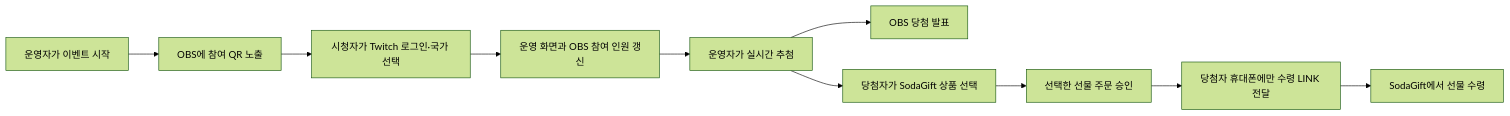
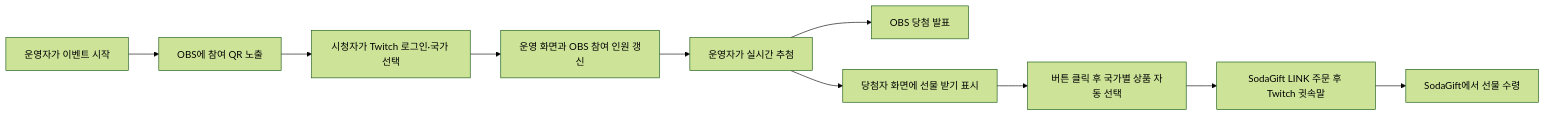
The diagram in README.md (Changjae-LE/socal-k-group-hackathon), drawn with Mermaid (forest theme) before and after one commit. The commit also changed other lines of this file and 6 other files, not shown here.

Commit message:
feat: send SodaGift link after winner claim

````diff
--- a/README.md
+++ b/README.md
@@ -25,12 +25,12 @@
 ```mermaid
 flowchart LR
     A[운영자가 이벤트 시작] --> B[OBS에 참여 QR 노출]
     B --> C[시청자가 Twitch 로그인·국가 선택]
     C --> D[운영 화면과 OBS 참여 인원 갱신]
     D --> E[운영자가 실시간 추첨]
     E --> F[OBS 당첨 발표]
-    E --> G[당첨자가 SodaGift 상품 선택]
-    G --> H[선택한 선물 주문 승인]
-    H --> I[당첨자 휴대폰에만 수령 LINK 전달]
+    E --> G[당첨자 화면에 선물 받기 표시]
+    G --> H[버튼 클릭 후 국가별 상품 자동 선택]
+    H --> I[SodaGift LINK 주문 후 Twitch 귓속말]
     I --> J[SodaGift에서 선물 수령]
 ```
````
